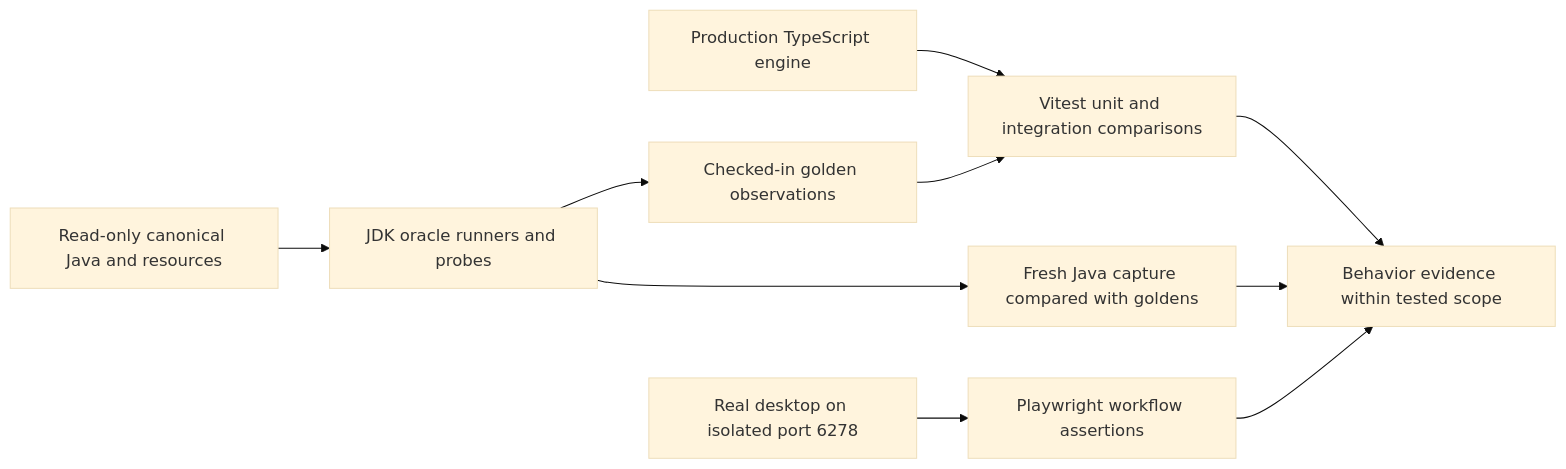
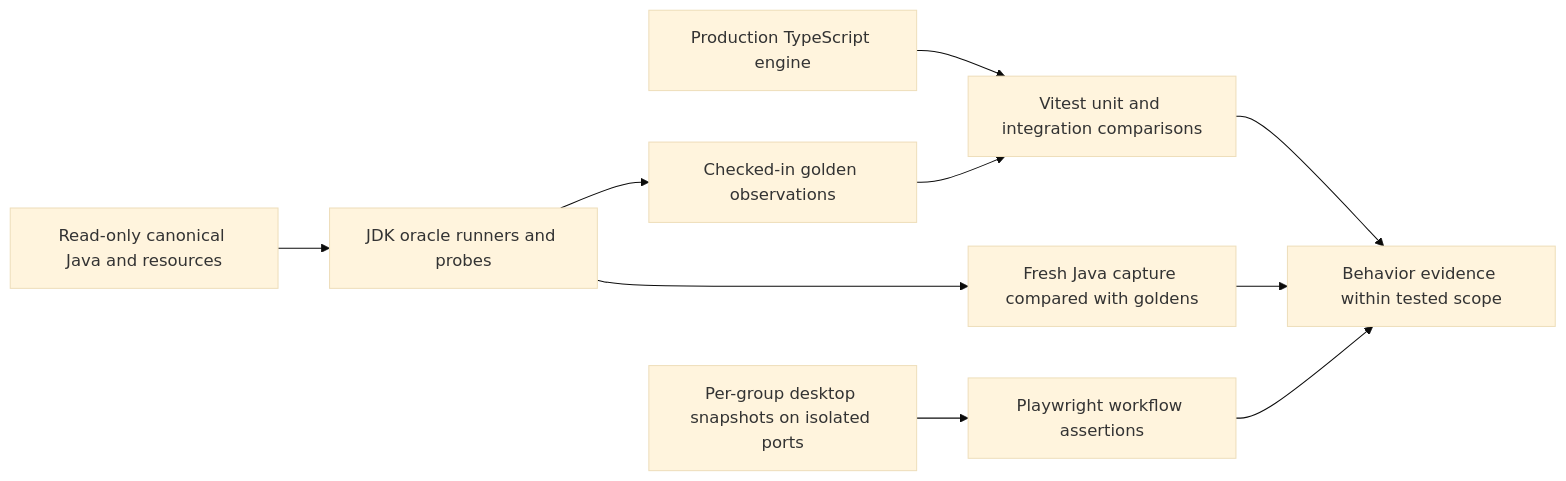
The fifth of 5 diagrams in IMPLEMENTATION.md (awpala/MARS-ts), drawn with Mermaid (base theme) before and after one commit. The commit also changed other lines of this file and 106 other files, not shown here.

````diff
--- a/IMPLEMENTATION.md
+++ b/IMPLEMENTATION.md
@@ -443,12 +445,12 @@
 ```mermaid
 flowchart LR
     Java["Read-only canonical Java and resources"] --> Capture["JDK oracle runners and probes"]
     Capture --> Goldens["Checked-in golden observations"]
     Capture --> Recheck["Fresh Java capture compared with goldens"]
     TS["Production TypeScript engine"] --> Unit["Vitest unit and integration comparisons"]
     Goldens --> Unit
-    App["Real desktop on isolated port 6278"] --> BrowserTests["Playwright workflow assertions"]
+    App["Per-group desktop snapshots on isolated ports"] --> BrowserTests["Playwright workflow assertions"]
     Unit --> Evidence["Behavior evidence within tested scope"]
     Recheck --> Evidence
     BrowserTests --> Evidence
 ```
````
